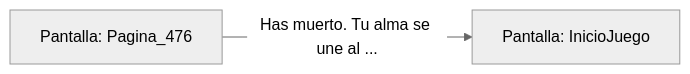
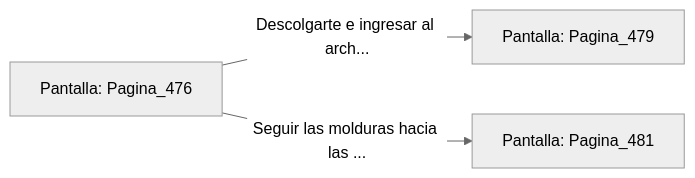
Before and after one commit to metsuke/mpl: the diagram in sample/eligejuego-vault/Pantalla_Pagina_476.md, drawn with Mermaid (neutral theme). The commit also changed other lines of this file and 635 other files, not shown here.

First line of the commit message:
fix: añadir Pagina_1 como pantalla inicial en capitulo_01.mpl

````diff
--- a/sample/eligejuego-vault/Pantalla_Pagina_476.md
+++ b/sample/eligejuego-vault/Pantalla_Pagina_476.md
@@ -17,5 +22,6 @@
 ```mermaid
 graph LR
     P_Pagina_476["Pantalla: Pagina_476"]
-    P_Pagina_476 -->|"Has muerto. Tu alma se une al ..."| P_InicioJuego["Pantalla: InicioJuego"]
+    P_Pagina_476 -->|"Descolgarte e ingresar al arch..."| P_Pagina_479["Pantalla: Pagina_479"]
+    P_Pagina_476 -->|"Seguir las molduras hacia las ..."| P_Pagina_481["Pantalla: Pagina_481"]
 ```
````
